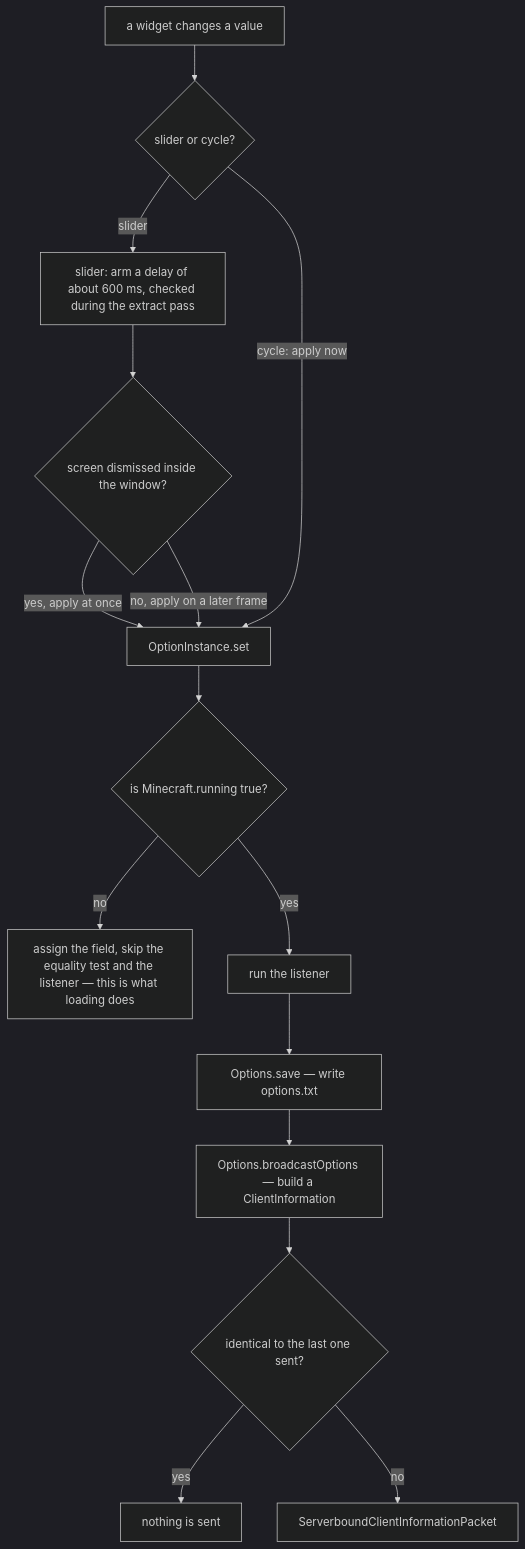
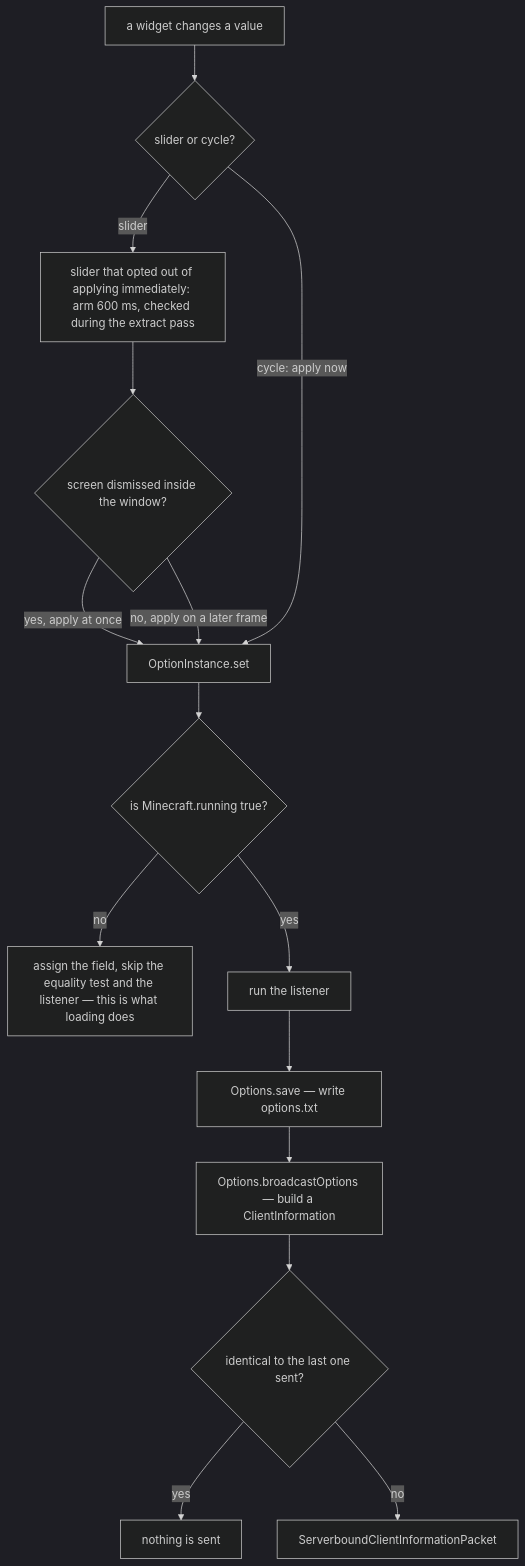
Before and after one commit to AlexanderjFraser/MinecraftDocs: the diagram in src/systems/client/options.md, drawn with Mermaid (dark theme). The commit also changed other lines of this file and 13 other files, not shown here.

````diff
--- a/src/systems/client/options.md
+++ b/src/systems/client/options.md
@@ -35,28 +35,28 @@
 ```mermaid
 flowchart TD
     CHANGE["a widget changes a value"]
     KIND{"slider or cycle?"}
-    ARM["slider: arm a delay of about 600 ms, checked during the extract pass"]
+    ARM["slider that opted out of applying immediately: arm 600 ms, checked during the extract pass"]
     EARLY{"screen dismissed inside the window?"}
     SET["OptionInstance.set"]
     RUNNING{"is Minecraft.running true?"}
     SILENT["assign the field, skip the equality test and the listener — this is what loading does"]
     LISTEN["run the listener"]
     SAVE["Options.save — write options.txt"]
     BCAST["Options.broadcastOptions — build a ClientInformation"]
     SAME{"identical to the last one sent?"}
     SEND["ServerboundClientInformationPacket"]
     NOTHING["nothing is sent"]
     CHANGE --> KIND
     KIND -- "slider" --> ARM --> EARLY
     EARLY -- "yes, apply at once" --> SET
     EARLY -- "no, apply on a later frame" --> SET
     KIND -- "cycle: apply now" --> SET
     SET --> RUNNING
     RUNNING -- "no" --> SILENT
     RUNNING -- "yes" --> LISTEN
     LISTEN --> SAVE
     SAVE --> BCAST --> SAME
     SAME -- "yes" --> NOTHING
     SAME -- "no" --> SEND
 ```
````
